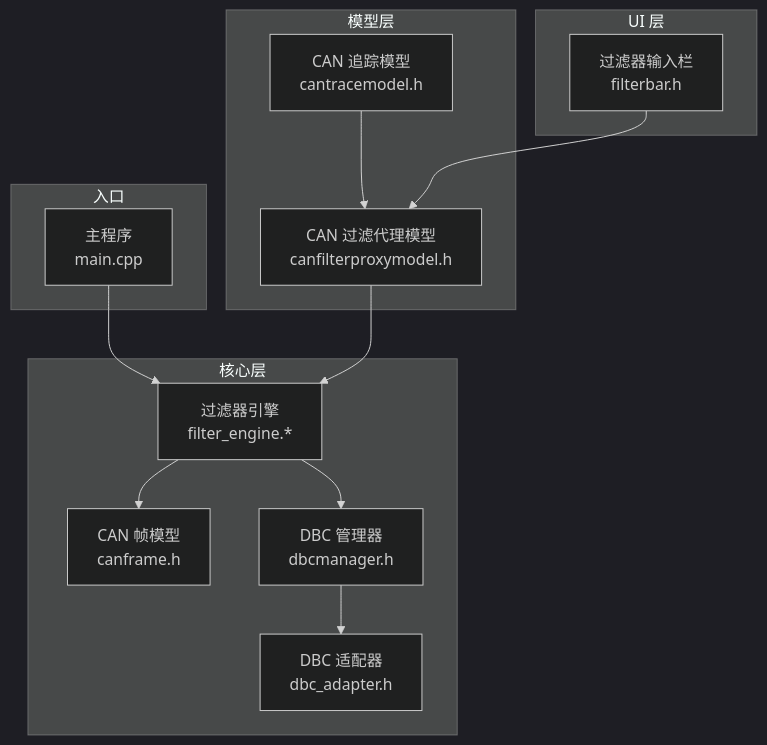
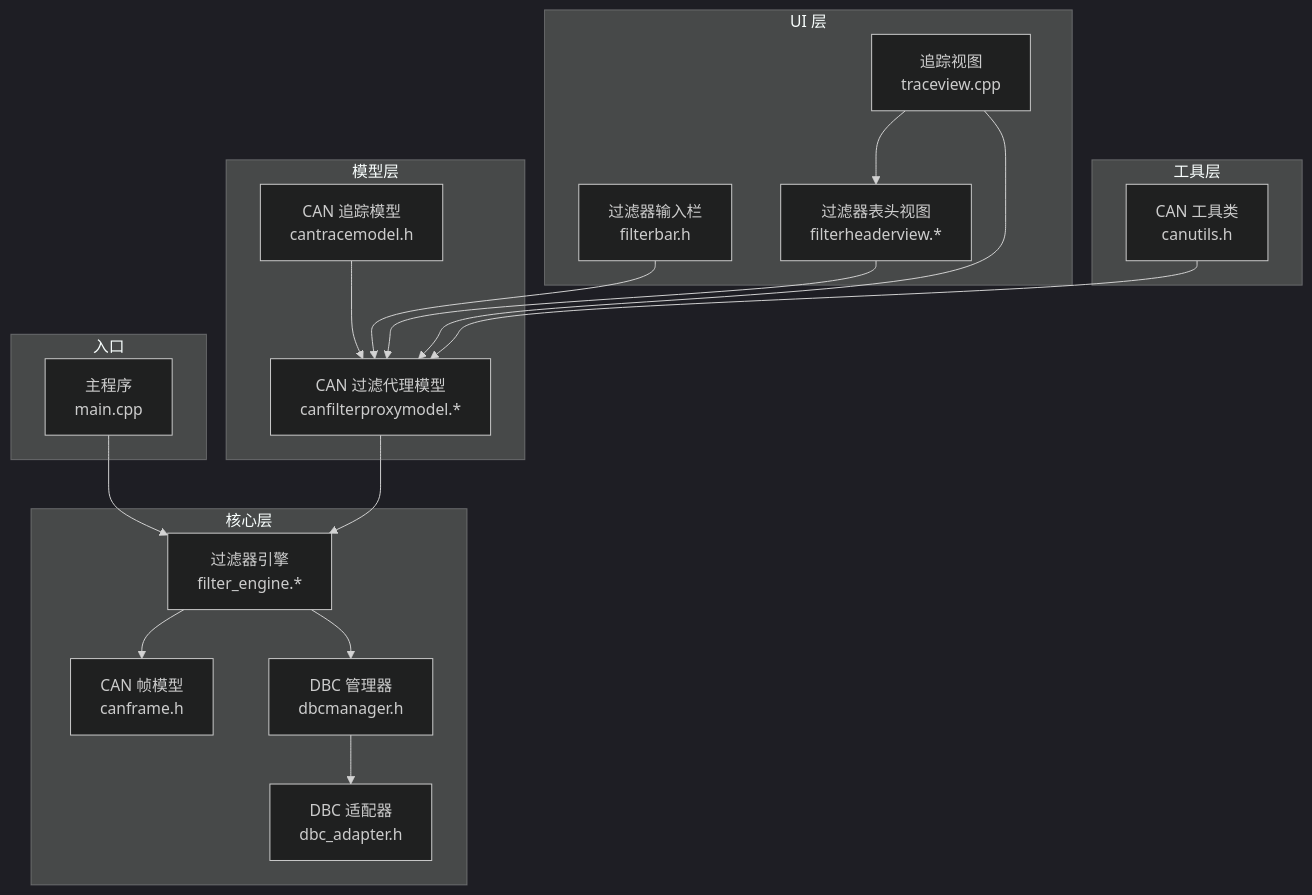
Before and after one commit to jakecai1225-design/OpenBus: the first of 4 diagrams in .qoder/repowiki/zh/content/核心模块详解/过滤器引擎.md, drawn with Mermaid (dark theme). The commit also changed other lines of this file and 13 other files, not shown here.

````diff
--- a/.qoder/repowiki/zh/content/核心模块详解/过滤器引擎.md
+++ b/.qoder/repowiki/zh/content/核心模块详解/过滤器引擎.md
@@ -38,26 +53,35 @@
 ```mermaid
 graph TB
 subgraph "核心层"
 FE["过滤器引擎<br/>filter_engine.*"]
 CF["CAN 帧模型<br/>canframe.h"]
 DBCM["DBC 管理器<br/>dbcmanager.h"]
 DA["DBC 适配器<br/>dbc_adapter.h"]
 end
 subgraph "模型层"
-CPM["CAN 过滤代理模型<br/>canfilterproxymodel.h"]
+CPM["CAN 过滤代理模型<br/>canfilterproxymodel.*"]
 CTM["CAN 追踪模型<br/>cantracemodel.h"]
 end
 subgraph "UI 层"
 FB["过滤器输入栏<br/>filterbar.h"]
+FHV["过滤器表头视图<br/>filterheaderview.*"]
+TV["追踪视图<br/>traceview.cpp"]
+end
+subgraph "工具层"
+CU["CAN 工具类<br/>canutils.h"]
 end
 subgraph "入口"
 MAIN["主程序<br/>main.cpp"]
 end
 MAIN --> FE
 FE --> CF
 FE --> DBCM
 DBCM --> DA
 CPM --> FE
 CTM --> CPM
 FB --> CPM
+FHV --> CPM
+TV --> FHV
+TV --> CPM
+CU --> CPM
 ```
````
